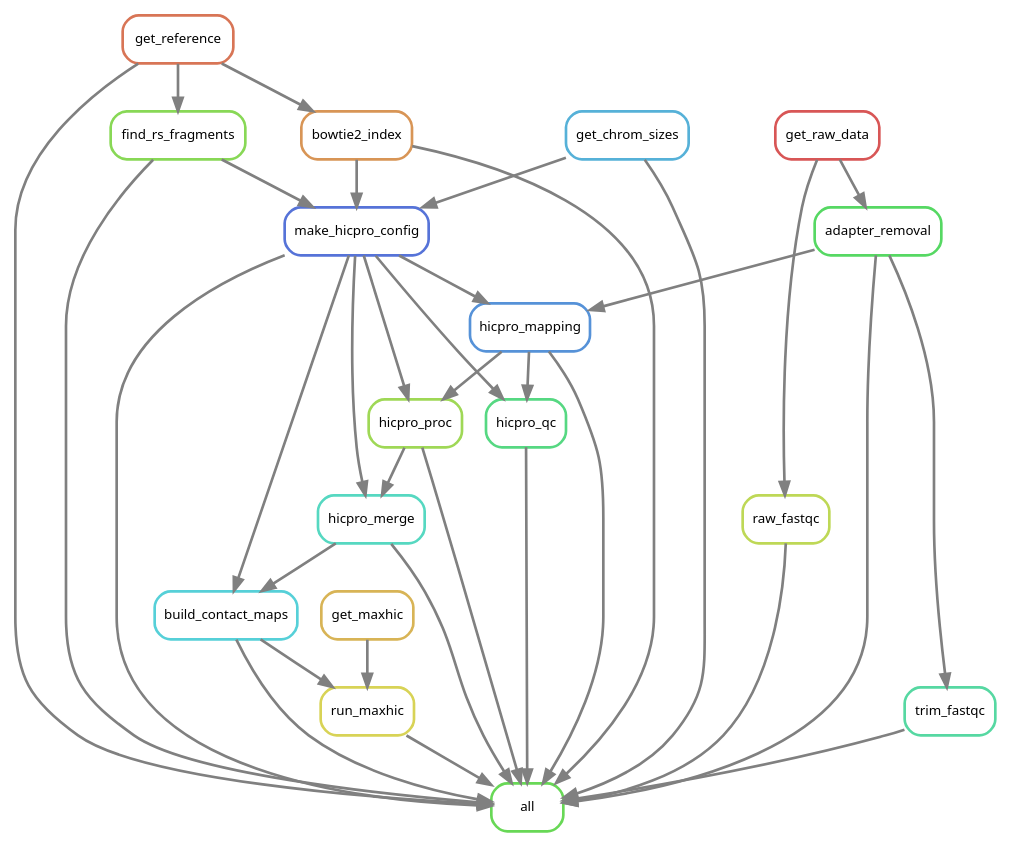
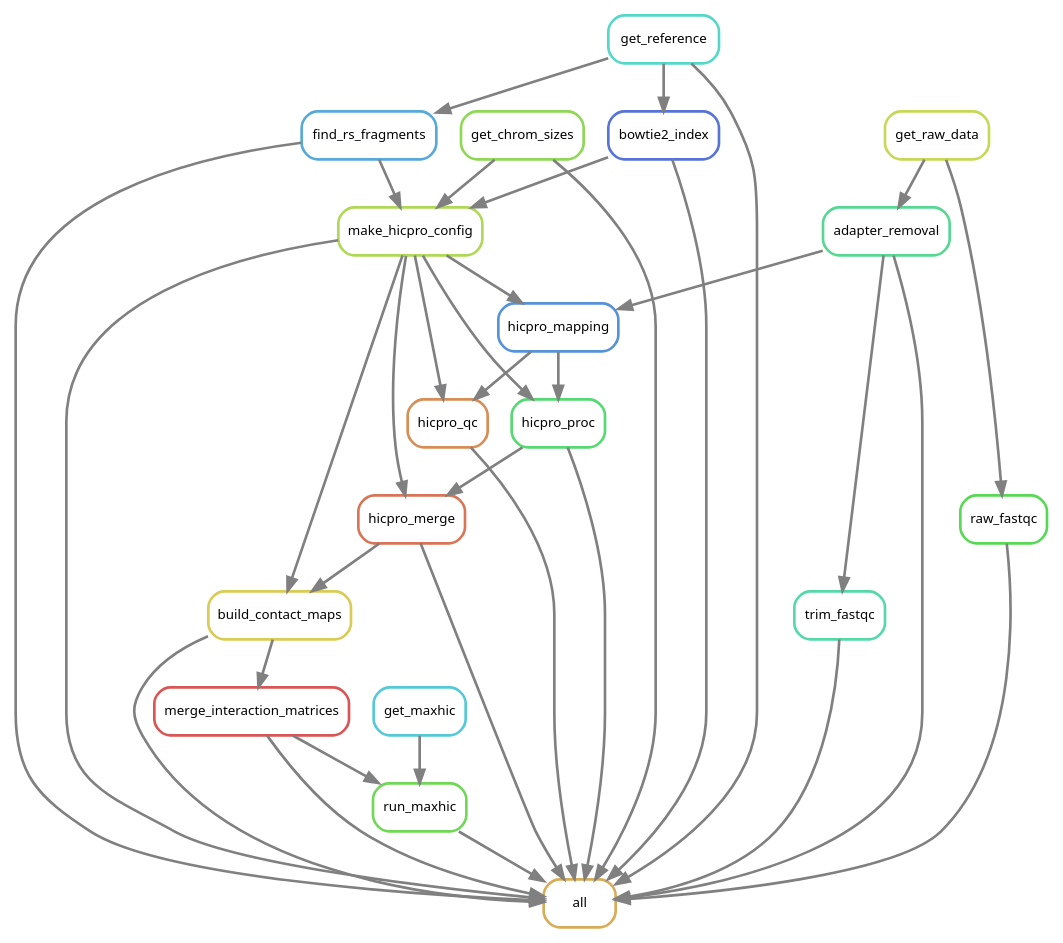
The diagram in output/rulegraph.dot (DRMCRL/ENCODE_T47D_HiC_ENCSR549MGQ), drawn with Graphviz before and after one commit. The commit also changed 4 other files, not shown here.

```diff
--- a/output/rulegraph.dot
+++ b/output/rulegraph.dot
@@ -1,56 +1,58 @@
 digraph snakemake_dag {
     graph[bgcolor=white, margin=0];
     node[shape=box, style=rounded, fontname=sans,                 fontsize=10, penwidth=2];
     edge[penwidth=2, color=grey];
-	0[label = "all", color = "0.31 0.6 0.85", style="rounded"];
-	1[label = "trim_fastqc", color = "0.43 0.6 0.85", style="rounded"];
-	2[label = "bowtie2_index", color = "0.08 0.6 0.85", style="rounded"];
-	3[label = "adapter_removal", color = "0.35 0.6 0.85", style="rounded"];
-	4[label = "build_contact_maps", color = "0.51 0.6 0.85", style="rounded"];
-	5[label = "hicpro_mapping", color = "0.59 0.6 0.85", style="rounded"];
-	6[label = "hicpro_proc", color = "0.24 0.6 0.85", style="rounded"];
-	7[label = "raw_fastqc", color = "0.20 0.6 0.85", style="rounded"];
-	8[label = "run_maxhic", color = "0.16 0.6 0.85", style="rounded"];
-	9[label = "find_rs_fragments", color = "0.27 0.6 0.85", style="rounded"];
-	10[label = "hicpro_merge", color = "0.47 0.6 0.85", style="rounded"];
-	11[label = "hicpro_qc", color = "0.39 0.6 0.85", style="rounded"];
-	12[label = "get_reference", color = "0.04 0.6 0.85", style="rounded"];
-	13[label = "get_chrom_sizes", color = "0.55 0.6 0.85", style="rounded"];
-	14[label = "make_hicpro_config", color = "0.63 0.6 0.85", style="rounded"];
-	15[label = "get_raw_data", color = "0.00 0.6 0.85", style="rounded"];
-	16[label = "get_maxhic", color = "0.12 0.6 0.85", style="rounded"];
+	0[label = "all", color = "0.11 0.6 0.85", style="rounded"];
+	1[label = "build_contact_maps", color = "0.15 0.6 0.85", style="rounded"];
+	2[label = "bowtie2_index", color = "0.63 0.6 0.85", style="rounded"];
+	3[label = "get_reference", color = "0.48 0.6 0.85", style="rounded"];
+	4[label = "raw_fastqc", color = "0.33 0.6 0.85", style="rounded"];
+	5[label = "adapter_removal", color = "0.41 0.6 0.85", style="rounded"];
+	6[label = "run_maxhic", color = "0.30 0.6 0.85", style="rounded"];
+	7[label = "trim_fastqc", color = "0.44 0.6 0.85", style="rounded"];
+	8[label = "hicpro_merge", color = "0.04 0.6 0.85", style="rounded"];
+	9[label = "make_hicpro_config", color = "0.22 0.6 0.85", style="rounded"];
+	10[label = "hicpro_proc", color = "0.37 0.6 0.85", style="rounded"];
+	11[label = "hicpro_qc", color = "0.07 0.6 0.85", style="rounded"];
+	12[label = "get_chrom_sizes", color = "0.26 0.6 0.85", style="rounded"];
+	13[label = "merge_interaction_matrices", color = "0.00 0.6 0.85", style="rounded"];
+	14[label = "find_rs_fragments", color = "0.56 0.6 0.85", style="rounded"];
+	15[label = "get_raw_data", color = "0.19 0.6 0.85", style="rounded"];
+	16[label = "get_maxhic", color = "0.52 0.6 0.85", style="rounded"];
+	17[label = "hicpro_mapping", color = "0.59 0.6 0.85", style="rounded"];
+	13 -> 0
+	8 -> 0
+	11 -> 0
+	9 -> 0
 	12 -> 0
-	8 -> 0
-	2 -> 0
+	6 -> 0
+	14 -> 0
+	4 -> 0
+	10 -> 0
+	5 -> 0
 	7 -> 0
-	6 -> 0
-	9 -> 0
-	14 -> 0
-	11 -> 0
 	3 -> 0
 	1 -> 0
-	4 -> 0
-	13 -> 0
-	5 -> 0
-	10 -> 0
-	3 -> 1
-	12 -> 2
-	15 -> 3
-	10 -> 4
-	14 -> 4
-	3 -> 5
-	14 -> 5
-	5 -> 6
-	14 -> 6
-	15 -> 7
-	4 -> 8
-	16 -> 8
+	2 -> 0
+	9 -> 1
+	8 -> 1
+	3 -> 2
+	15 -> 4
+	15 -> 5
+	13 -> 6
+	16 -> 6
+	5 -> 7
+	10 -> 8
+	9 -> 8
+	14 -> 9
 	12 -> 9
-	14 -> 10
-	6 -> 10
-	5 -> 11
-	14 -> 11
-	13 -> 14
-	2 -> 14
-	9 -> 14
+	2 -> 9
+	17 -> 10
+	9 -> 10
+	17 -> 11
+	9 -> 11
+	1 -> 13
+	3 -> 14
+	9 -> 17
+	5 -> 17
 }            
```
